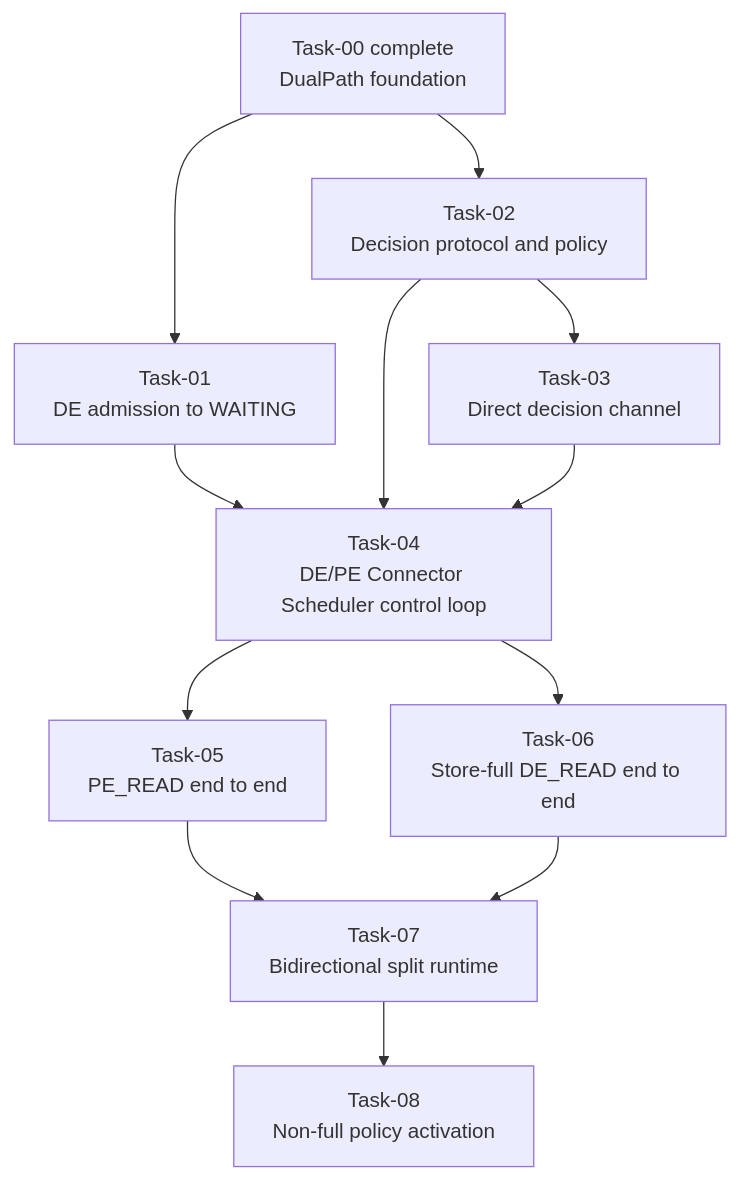
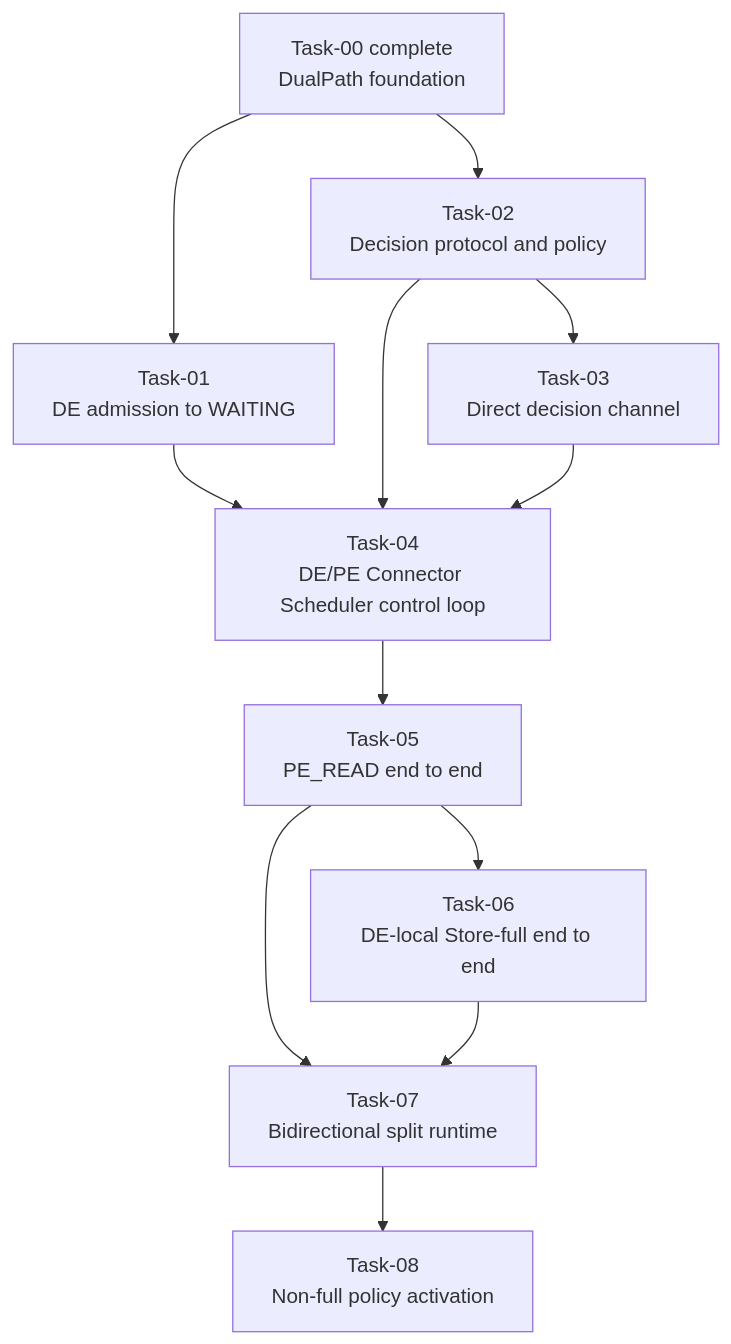
One commit to mazifan0120/vllm-ascend changed the diagram in .specs/dual-path-stage1-tasks/TASKS.md. Above: the diagram before and after it, drawn with Mermaid. The commit also changed other lines of this file and 7 other files, not shown here.

````diff
--- a/.specs/dual-path-stage1-tasks/TASKS.md
+++ b/.specs/dual-path-stage1-tasks/TASKS.md
@@ -70,24 +78,24 @@
 ```mermaid
 flowchart TD
     T00["Task-00 complete<br/>DualPath foundation"]
     T01["Task-01<br/>DE admission to WAITING"]
     T02["Task-02<br/>Decision protocol and policy"]
     T03["Task-03<br/>Direct decision channel"]
     T04["Task-04<br/>DE/PE Connector Scheduler control loop"]
     T05["Task-05<br/>PE_READ end to end"]
-    T06["Task-06<br/>Store-full DE_READ end to end"]
+    T06["Task-06<br/>DE-local Store-full end to end"]
     T07["Task-07<br/>Bidirectional split runtime"]
     T08["Task-08<br/>Non-full policy activation"]
 
     T00 --> T01
     T00 --> T02
     T02 --> T03
     T01 --> T04
     T02 --> T04
     T03 --> T04
     T04 --> T05
-    T04 --> T06
+    T05 --> T06
     T05 --> T07
     T06 --> T07
     T07 --> T08
 ```
````
